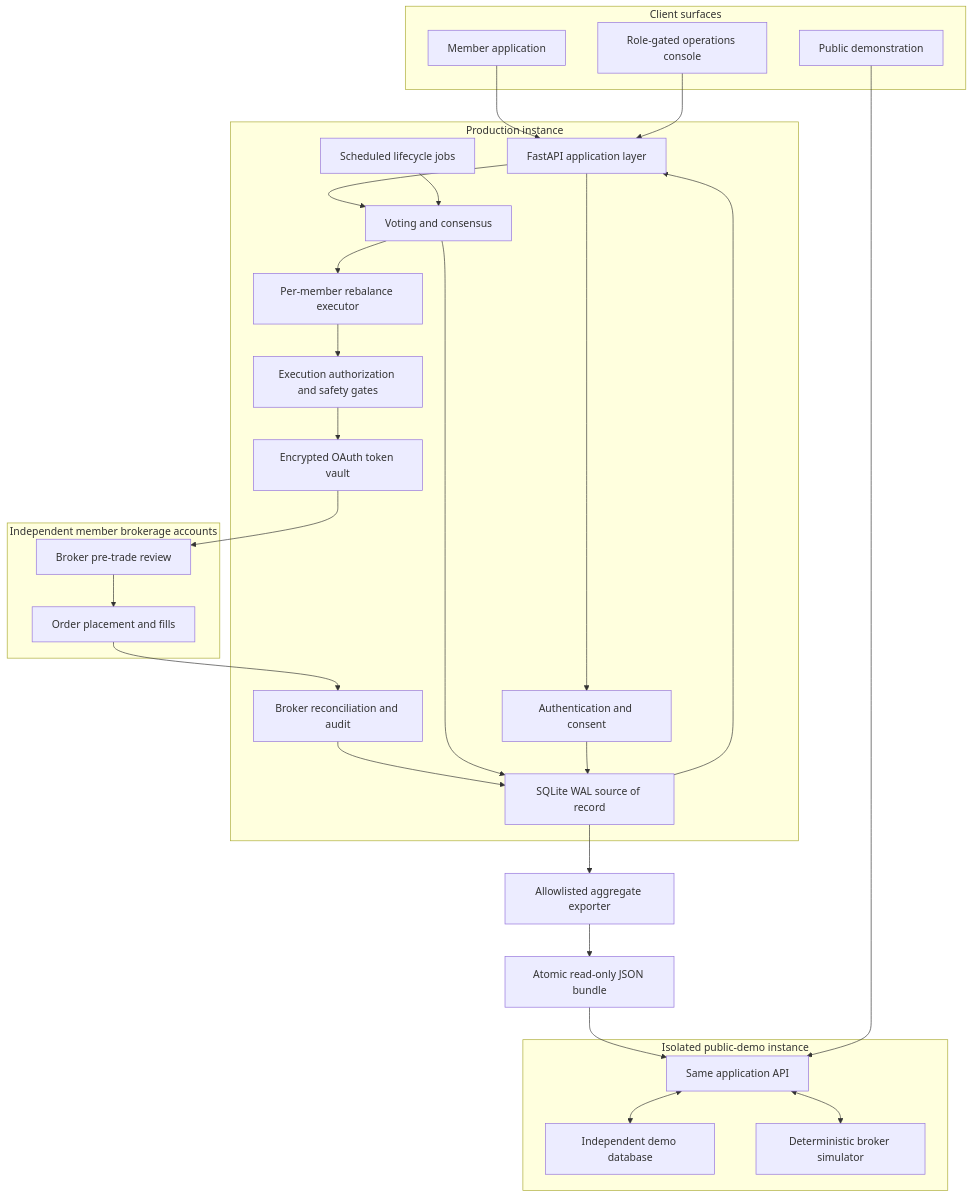
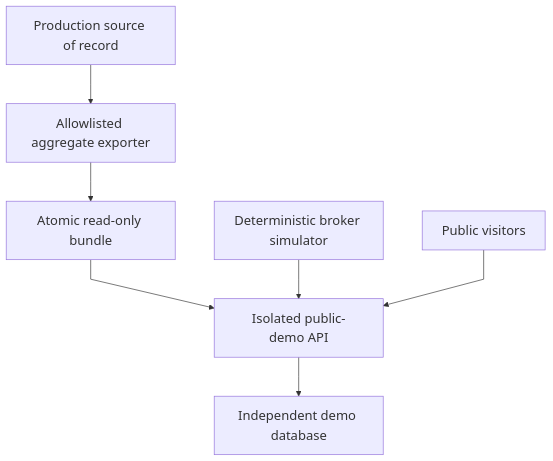
One commit to rohanjoglekar/voteconcordia changed the third of 3 diagrams in docs/ARCHITECTURE.md. Above: the diagram before and after it, drawn with Mermaid. The commit also changed other lines of this file and 3 other files, not shown here.

Commit message:
docs: improve diagrams and project narrative

````diff
--- a/docs/ARCHITECTURE.md
+++ b/docs/ARCHITECTURE.md
@@ -14,53 +41,10 @@
 ```mermaid
+%%{init: {"themeVariables": {"fontSize": "20px"}, "flowchart": {"nodeSpacing": 60, "rankSpacing": 60, "curve": "linear"}}}%%
 flowchart TB
-    subgraph clients["Client surfaces"]
-        member["Member application"]
-        admin["Role-gated operations console"]
-        public["Public demonstration"]
-    end
-
-    subgraph production["Production instance"]
-        api["FastAPI application layer"]
-        auth["Authentication and consent"]
-        voting["Voting and consensus"]
-        lifecycle["Scheduled lifecycle jobs"]
-        executor["Per-member rebalance executor"]
-        safety["Execution authorization and safety gates"]
-        vault["Encrypted OAuth token vault"]
-        reconcile["Broker reconciliation and audit"]
-        db["SQLite WAL source of record"]
-
-        api --> auth
-        api --> voting
-        lifecycle --> voting
-        voting --> executor
-        executor --> safety --> vault
-        reconcile --> db
-        voting --> db
-        auth --> db
-        db --> api
-    end
-
-    subgraph brokerage["Independent member brokerage accounts"]
-        review["Broker pre-trade review"]
-        orders["Order placement and fills"]
-        review --> orders
-    end
-
-    subgraph demonstration["Isolated public-demo instance"]
-        demoapi["Same application API"]
-        demodb["Independent demo database"]
-        simulator["Deterministic broker simulator"]
-        demoapi <--> demodb
-        demoapi <--> simulator
-    end
-
-    member --> api
-    admin --> api
-    vault --> review
-    orders --> reconcile
-    db --> exporter["Allowlisted aggregate exporter"]
-    exporter --> bundle["Atomic read-only JSON bundle"]
-    bundle --> demoapi
-    public --> demoapi
+    db["Production source of record"] --> exporter["Allowlisted aggregate exporter"]
+    exporter --> bundle["Atomic read-only bundle"]
+    bundle --> demo["Isolated public-demo API"]
+    simulator["Deterministic broker simulator"] --> demo
+    demo --> demodb["Independent demo database"]
+    visitors["Public visitors"] --> demo
 ```
````
